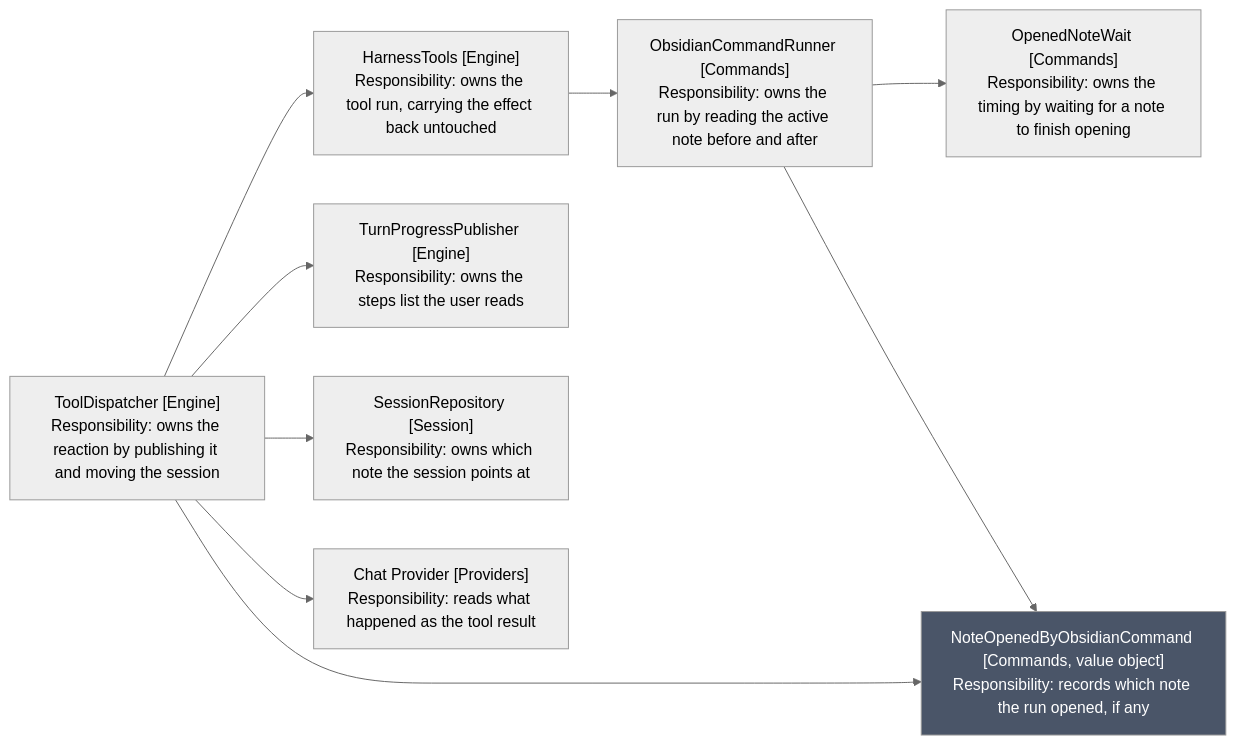
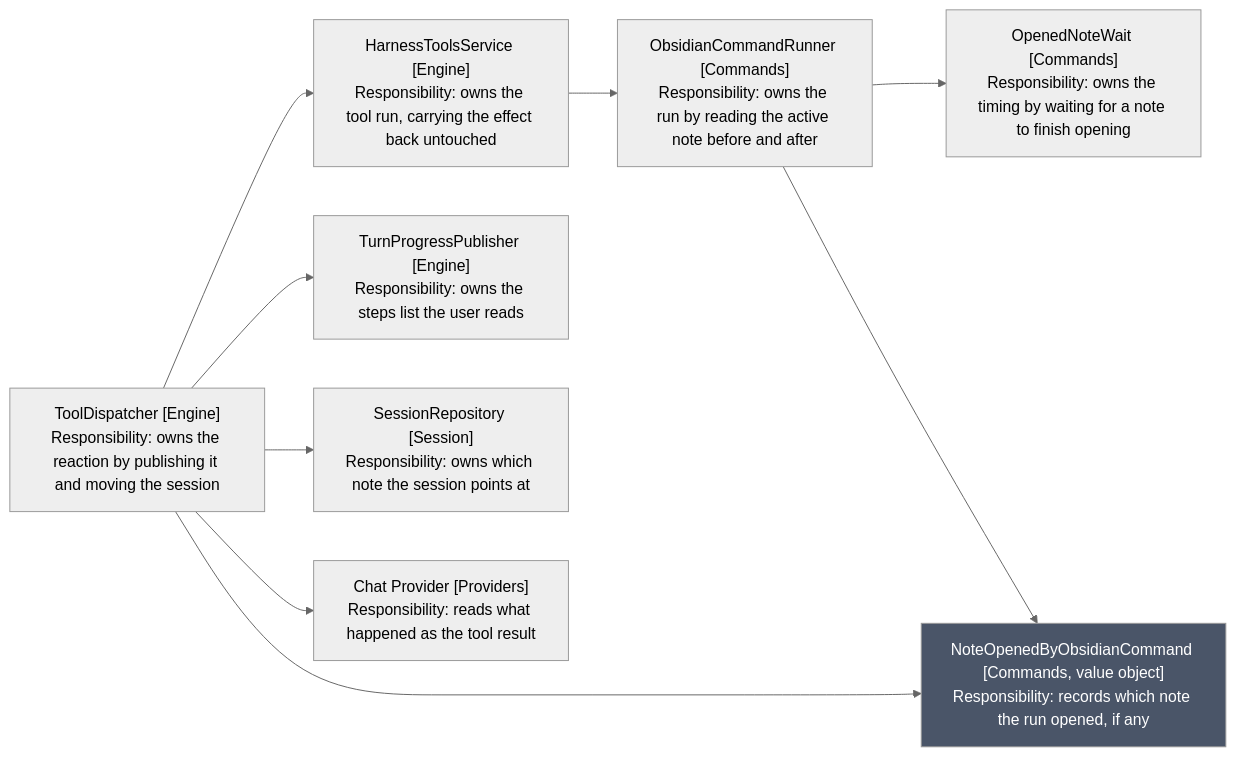
The first of 2 diagrams in docs/spec/15-architecture-cleanup/5-note-opened-by-command.md (iparips/obsidian-owl), drawn with Mermaid (neutral theme) before and after one commit. The commit also changed other lines of this file and 43 other files, not shown here.

````diff
--- a/docs/spec/15-architecture-cleanup/5-note-opened-by-command.md
+++ b/docs/spec/15-architecture-cleanup/5-note-opened-by-command.md
@@ -12,23 +12,23 @@
 ```mermaid
 flowchart LR
     ObsidianCommandRunner["ObsidianCommandRunner [Commands]<br/>Responsibility: owns the run by reading the active note before and after"]
     OpenedNoteWait["OpenedNoteWait [Commands]<br/>Responsibility: owns the timing by waiting for a note to finish opening"]
     NoteOpenedByObsidianCommand["NoteOpenedByObsidianCommand [Commands, value object]<br/>Responsibility: records which note the run opened, if any"]
-    HarnessTools["HarnessTools [Engine]<br/>Responsibility: owns the tool run, carrying the effect back untouched"]
+    HarnessToolsService["HarnessToolsService [Engine]<br/>Responsibility: owns the tool run, carrying the effect back untouched"]
     ToolDispatcher["ToolDispatcher [Engine]<br/>Responsibility: owns the reaction by publishing it and moving the session"]
     Publisher["TurnProgressPublisher [Engine]<br/>Responsibility: owns the steps list the user reads"]
     SessionRepository["SessionRepository [Session]<br/>Responsibility: owns which note the session points at"]
     Model["Chat Provider [Providers]<br/>Responsibility: reads what happened as the tool result"]
 
     ObsidianCommandRunner --> OpenedNoteWait
     ObsidianCommandRunner --> NoteOpenedByObsidianCommand
-    HarnessTools --> ObsidianCommandRunner
-    ToolDispatcher --> HarnessTools
+    HarnessToolsService --> ObsidianCommandRunner
+    ToolDispatcher --> HarnessToolsService
     ToolDispatcher --> NoteOpenedByObsidianCommand
     ToolDispatcher --> Publisher
     ToolDispatcher --> SessionRepository
     ToolDispatcher --> Model
 
     classDef value fill:#4a5568,color:#fff
     class NoteOpenedByObsidianCommand value
 ```
````
